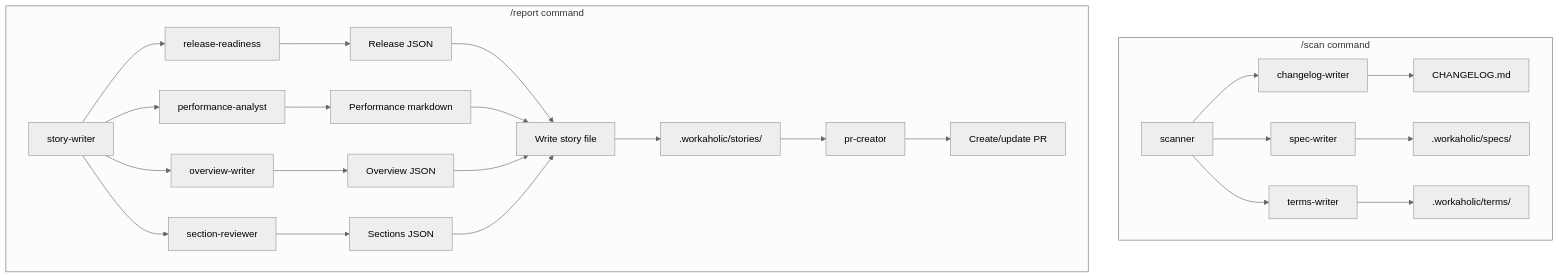
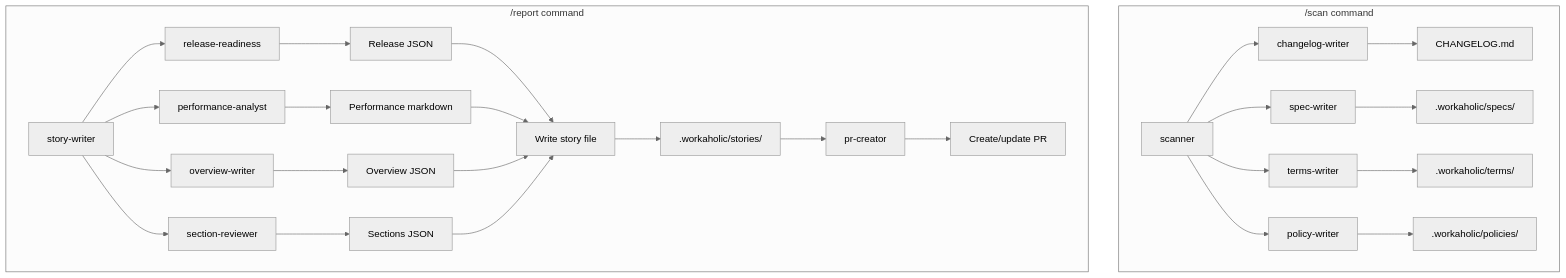
One commit to qmu/workaholic changed the seventh of 7 diagrams in .workaholic/specs/architecture.md. Above: the diagram before and after it, drawn with Mermaid (neutral theme). The commit also changed other lines of this file and 22 other files, not shown here.

````diff
--- a/.workaholic/specs/architecture.md
+++ b/.workaholic/specs/architecture.md
@@ -403,40 +443,42 @@
 ```mermaid
 flowchart TD
     subgraph scan["/scan command"]
         SC[scanner]
         D[changelog-writer]
         F[spec-writer]
         G[terms-writer]
+        PW[policy-writer]
 
-        SC --> D & F & G
+        SC --> D & F & G & PW
 
         D --> H[CHANGELOG.md]
         F --> J[.workaholic/specs/]
         G --> K[.workaholic/terms/]
+        PW --> L2[.workaholic/policies/]
     end
 
     subgraph report["/report command"]
         SW[story-writer]
         RR[release-readiness]
         PA[performance-analyst]
         OW[overview-writer]
         SR[section-reviewer]
         PC[pr-creator]
 
         SW --> RR & PA & OW & SR
 
         RR --> RL[Release JSON]
         PA --> PM[Performance markdown]
         OW --> OJ[Overview JSON]
         SR --> SJ[Sections JSON]
 
         RL --> P3[Write story file]
         PM --> P3
         OJ --> P3
         SJ --> P3
 
         P3 --> I[.workaholic/stories/]
         I --> PC
         PC --> N[Create/update PR]
     end
 ```
````
